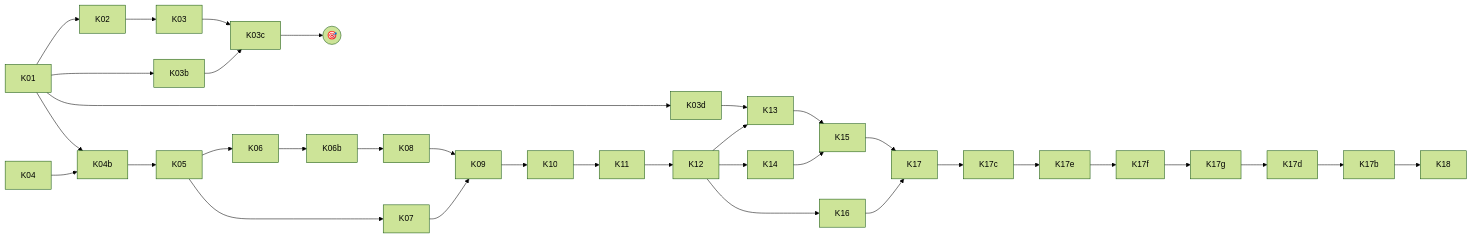
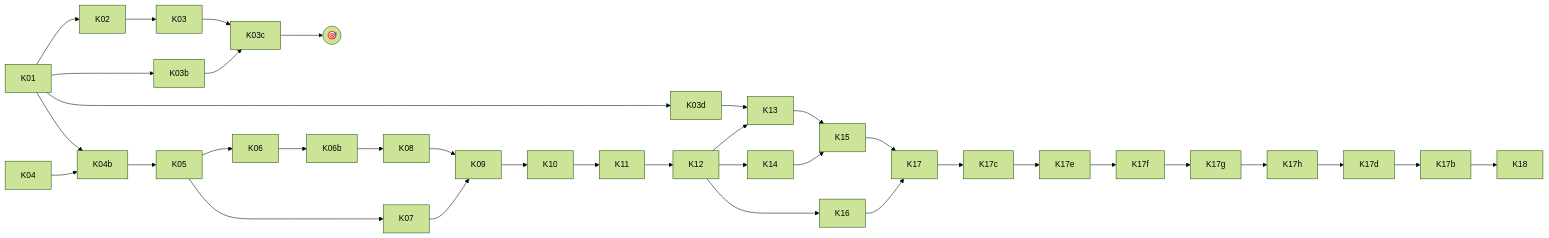
The diagram in PIPELINE_PROMPTS.md (qbolliet/trade-analysis), drawn with Mermaid (forest theme) before and after one commit. The commit also changed other lines of this file and 39 other files, not shown here.

Commit message:
wip(fix): charts + filters

````diff
--- a/PIPELINE_PROMPTS.md
+++ b/PIPELINE_PROMPTS.md
@@ -86,15 +91,15 @@
 ```mermaid
 flowchart LR
   K01 --> K02 --> K03 --> K03c
   K01 --> K03b --> K03c --> J((🎯))
   K01 --> K03d --> K13
   K04 --> K04b
   K01 --> K04b --> K05
   K05 --> K06 --> K06b --> K08
   K05 --> K07 --> K09
   K08 --> K09 --> K10 --> K11 --> K12
   K12 --> K13 --> K15
   K12 --> K14 --> K15
   K12 --> K16 --> K17
-  K15 --> K17 --> K17c --> K17e --> K17f --> K17g --> K17d --> K17b --> K18
+  K15 --> K17 --> K17c --> K17e --> K17f --> K17g --> K17h --> K17d --> K17b --> K18
 ```
````
